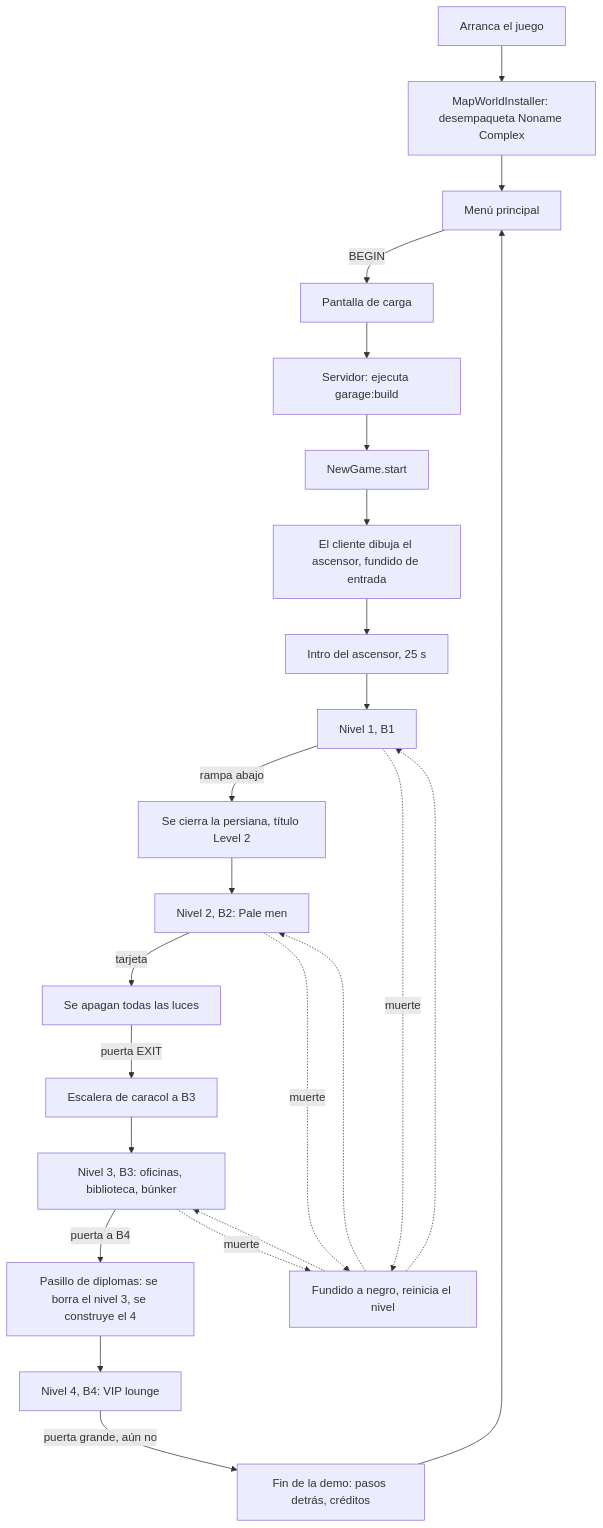
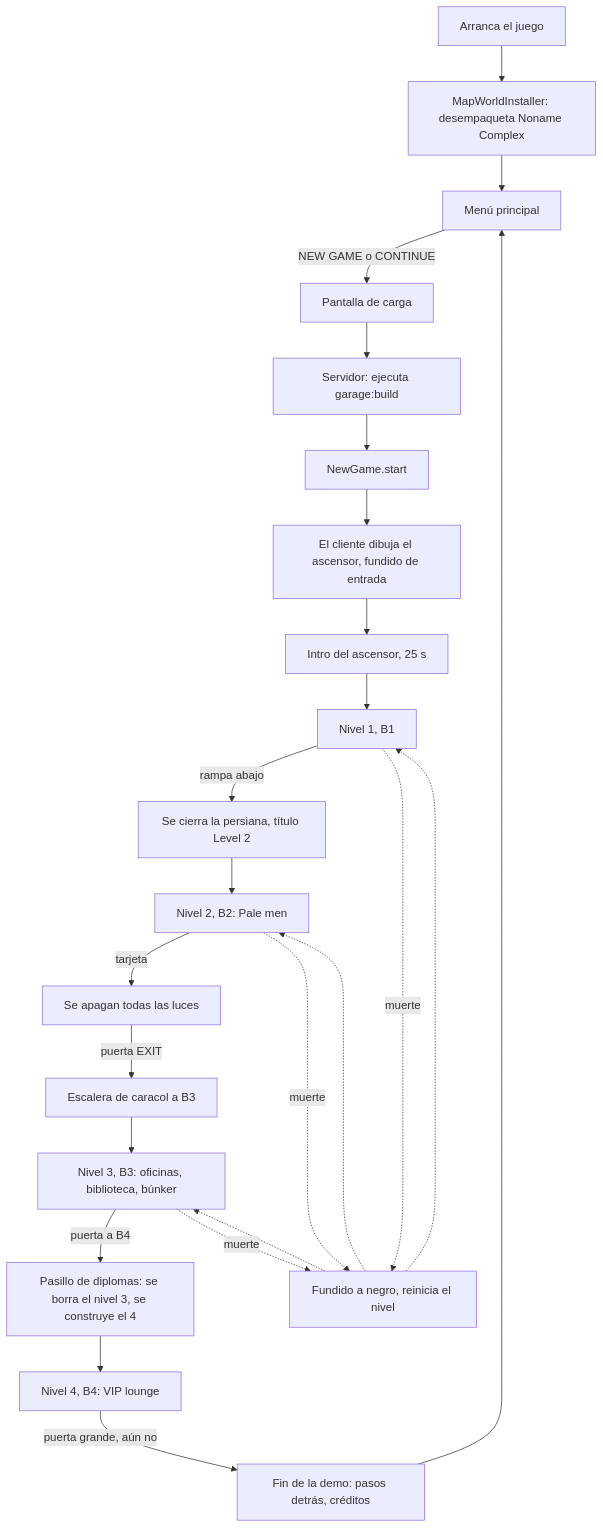
The diagram in docs/es/game-flow.md (Daio7771/EveryTunnelMod), drawn with Mermaid before and after one commit. The commit also changed other lines of this file and 38 other files, not shown here.

First line of the commit message:
Phase 9: a saved game, with CONTINUE in the menu

````diff
--- a/docs/es/game-flow.md
+++ b/docs/es/game-flow.md
@@ -8,26 +8,26 @@
 ```mermaid
 flowchart TD
     A[Arranca el juego] --> B[MapWorldInstaller: desempaqueta Noname Complex]
     B --> C[Menú principal]
-    C -->|BEGIN| D[Pantalla de carga]
+    C -->|NEW GAME o CONTINUE| D[Pantalla de carga]
     D --> E[Servidor: ejecuta garage:build]
     E --> F[NewGame.start]
     F --> G[El cliente dibuja el ascensor, fundido de entrada]
     G --> H[Intro del ascensor, 25 s]
     H --> I[Nivel 1, B1]
     I -->|rampa abajo| J[Se cierra la persiana, título Level 2]
     J --> K[Nivel 2, B2: Pale men]
     K -->|tarjeta| L[Se apagan todas las luces]
     L -->|puerta EXIT| M[Escalera de caracol a B3]
     M --> P[Nivel 3, B3: oficinas, biblioteca, búnker]
     P -->|puerta a B4| Q[Pasillo de diplomas: se borra el nivel 3, se construye el 4]
     Q --> R[Nivel 4, B4: VIP lounge]
     R -->|puerta grande, aún no| N[Fin de la demo: pasos detrás, créditos]
     N --> C
     I -.->|muerte| O[Fundido a negro, reinicia el nivel]
     K -.->|muerte| O
     P -.->|muerte| O
     O -.-> I
     O -.-> K
     O -.-> P
 ```
````
